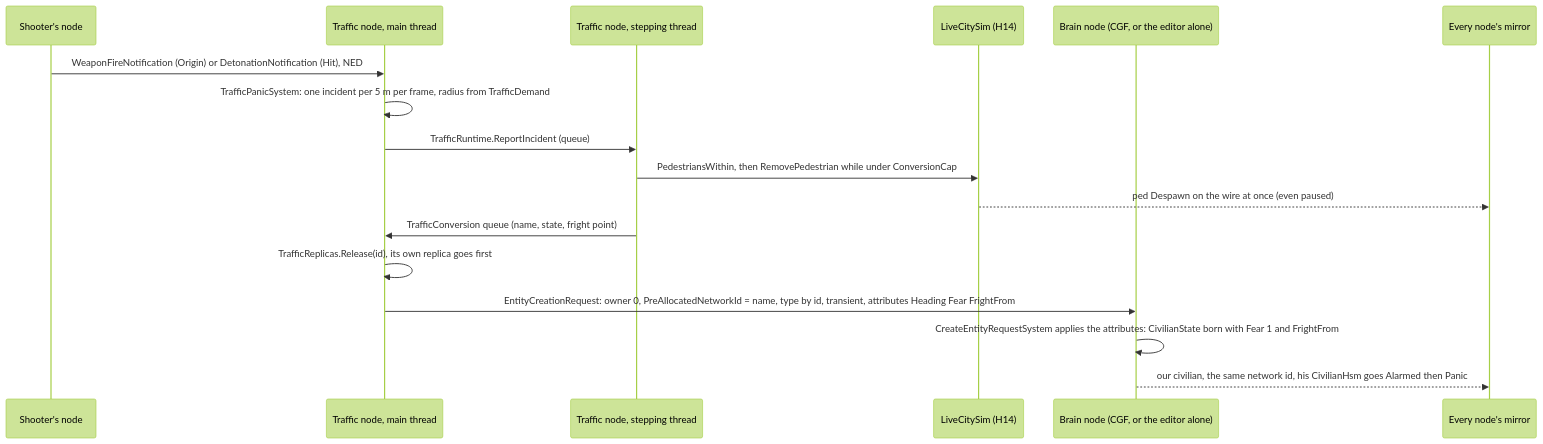
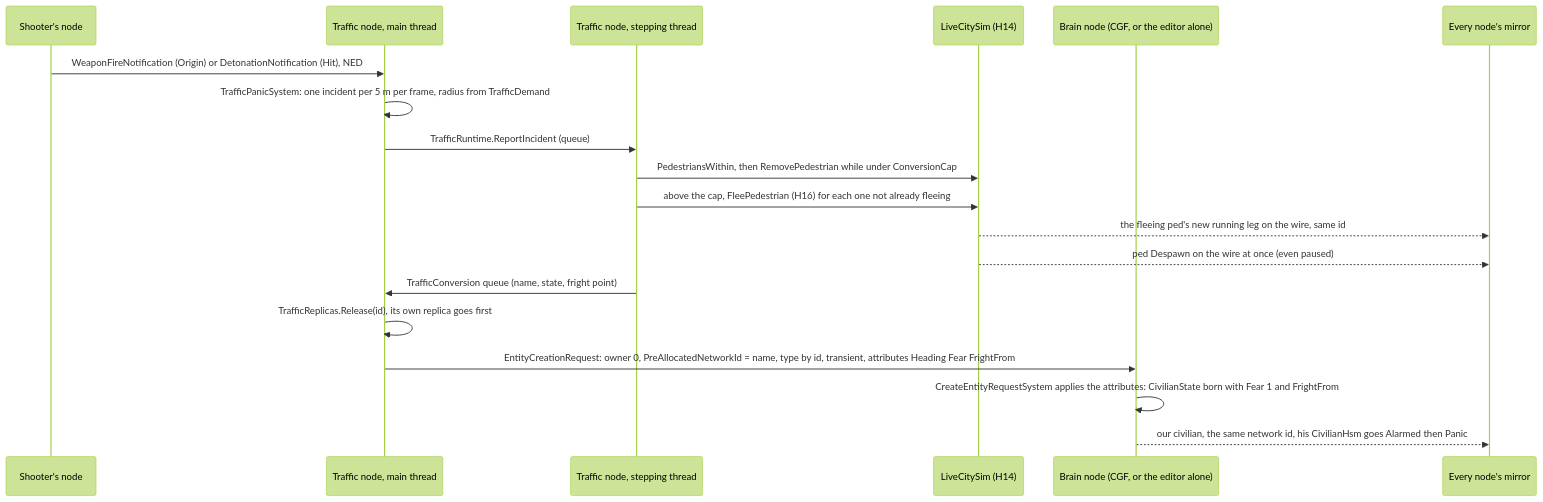
One commit to pjanec/HROT changed diagram 23 of 24 in docs/blueprints/Architect_Question_93_Sumo_Traffic_Node.md. Above: the diagram before and after it, drawn with Mermaid (forest theme). The commit also changed other lines of this file and 9 other files, not shown here.

First line of the commit message:
CE-4027: above the cap, frightened pedestrians flee inside SUMO (H16)

````diff
--- a/docs/blueprints/Architect_Question_93_Sumo_Traffic_Node.md
+++ b/docs/blueprints/Architect_Question_93_Sumo_Traffic_Node.md
@@ -1283,19 +1283,21 @@
 ```mermaid
 sequenceDiagram
   participant SH as Shooter's node
   participant M as Traffic node, main thread
   participant S as Traffic node, stepping thread
   participant LC as LiveCitySim (H14)
   participant B as Brain node (CGF, or the editor alone)
   participant N as Every node's mirror
   SH->>M: WeaponFireNotification (Origin) or DetonationNotification (Hit), NED
   M->>M: TrafficPanicSystem: one incident per 5 m per frame, radius from TrafficDemand
   M->>S: TrafficRuntime.ReportIncident (queue)
   S->>LC: PedestriansWithin, then RemovePedestrian while under ConversionCap
+  S->>LC: above the cap, FleePedestrian (H16) for each one not already fleeing
+  LC-->>N: the fleeing ped's new running leg on the wire, same id
   LC-->>N: ped Despawn on the wire at once (even paused)
   S->>M: TrafficConversion queue (name, state, fright point)
   M->>M: TrafficReplicas.Release(id), its own replica goes first
   M->>B: EntityCreationRequest: owner 0, PreAllocatedNetworkId = name, type by id, transient, attributes Heading Fear FrightFrom
   B->>B: CreateEntityRequestSystem applies the attributes: CivilianState born with Fear 1 and FrightFrom
   B-->>N: our civilian, the same network id, his CivilianHsm goes Alarmed then Panic
 ```
````
